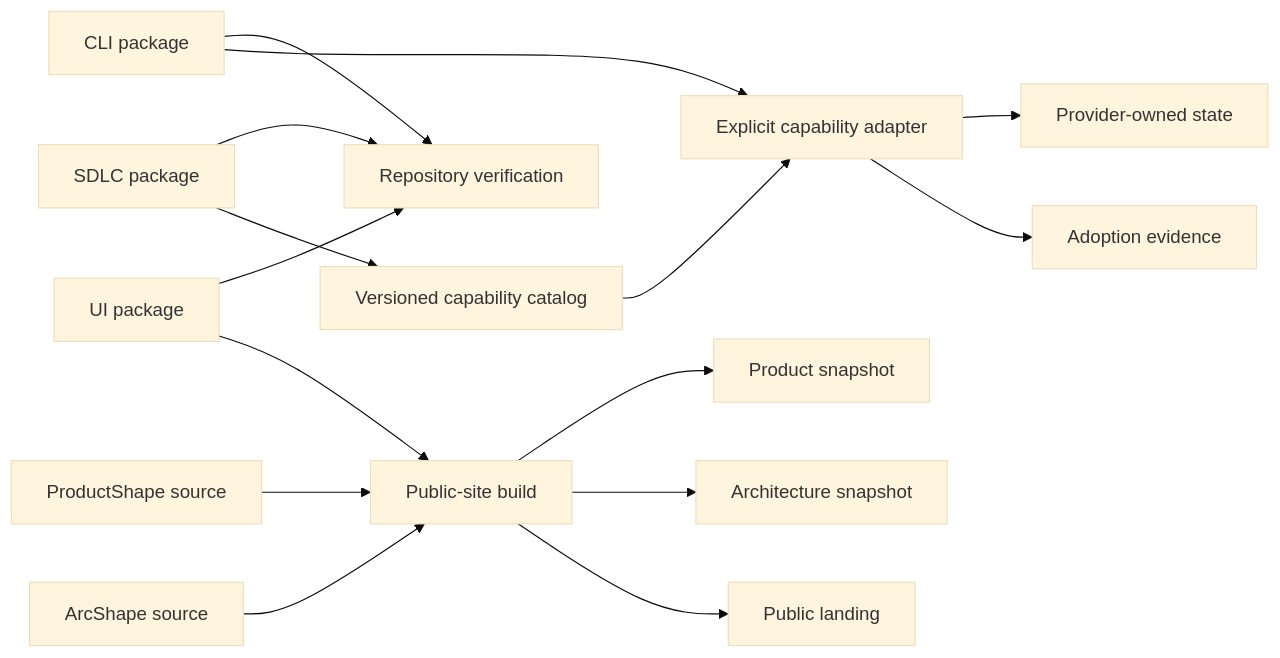
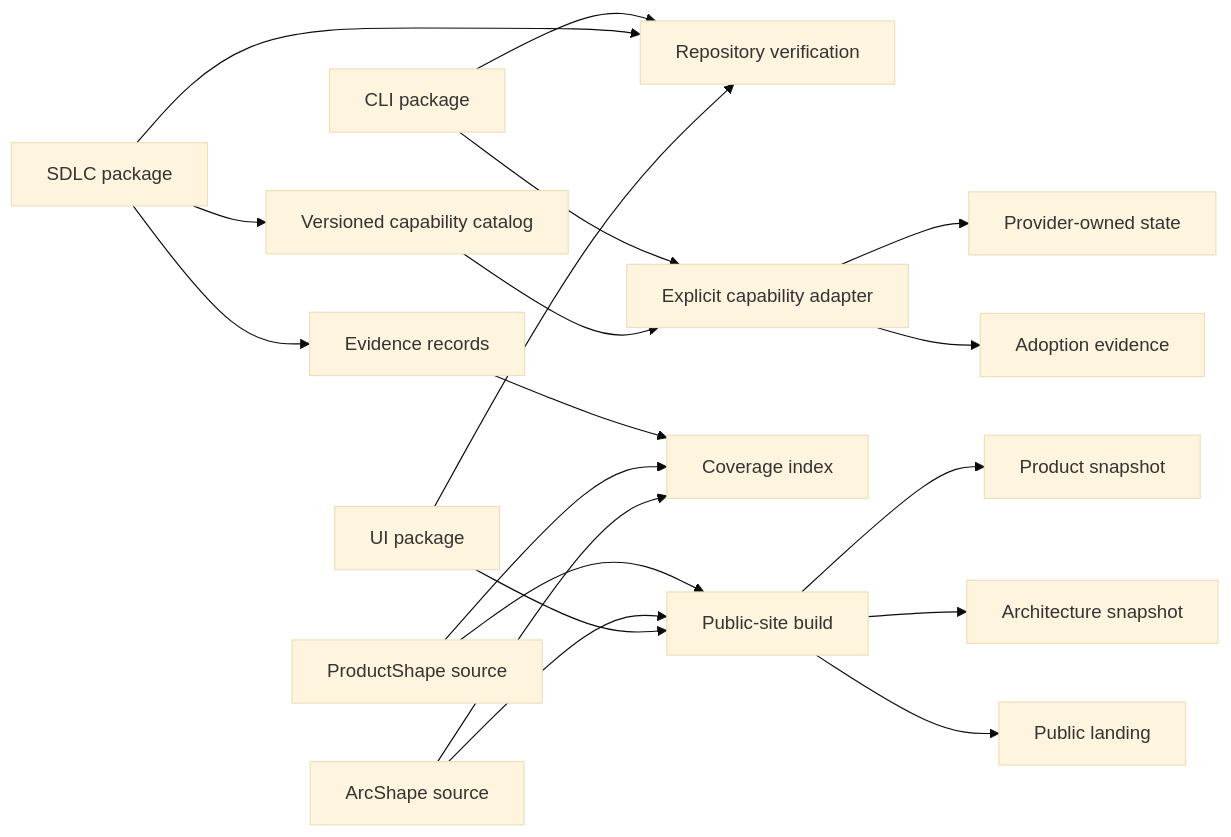
One commit to juangcarmona/lighthouse changed the first of 2 diagrams in docs/architecture/05-building-block-view/README.md. Above: the diagram before and after it, drawn with Mermaid (base theme). The commit also changed other lines of this file and 23 other files, not shown here.

Commit message:
feat(sdlc): add evidence contract and coverage (#52)

````diff
--- a/docs/architecture/05-building-block-view/README.md
+++ b/docs/architecture/05-building-block-view/README.md
@@ -27,18 +28,22 @@
 ```mermaid
 flowchart LR
     accTitle: Current Lighthouse package and public-site surfaces
     cli[CLI package] --> verify[Repository verification]
     sdlc[SDLC package] --> verify
     sdlc --> catalog[Versioned capability catalog]
     cli --> adapter[Explicit capability adapter]
     catalog --> adapter
     adapter --> provider[Provider-owned state]
     adapter --> evidence[Adoption evidence]
+    sdlc --> records[Evidence records]
+    records --> coverage[Coverage index]
+    product --> coverage
+    architecture --> coverage
     ui[UI package] --> verify
     product[ProductShape source] --> site[Public-site build]
     architecture[ArcShape source] --> site
     ui --> site
     site --> model[Product snapshot]
     site --> arc[Architecture snapshot]
     site --> landing[Public landing]
 ```
````
